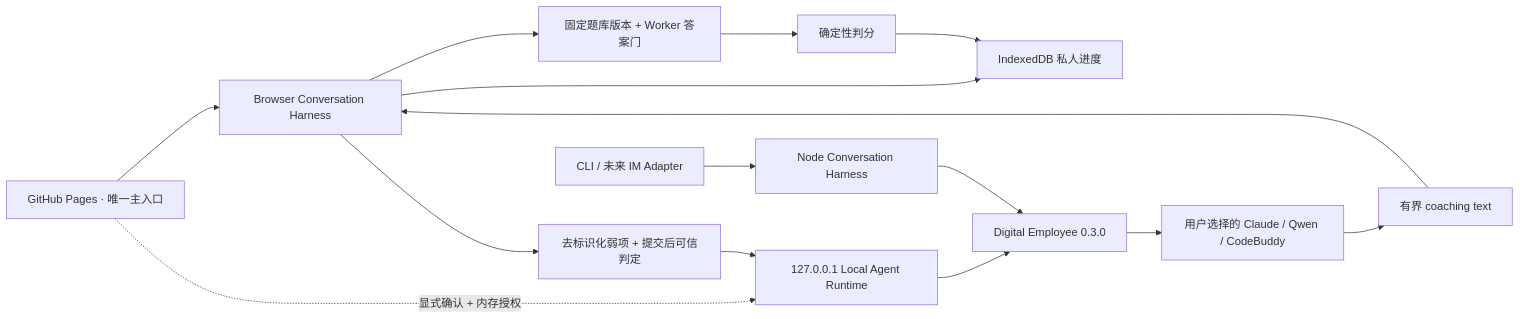
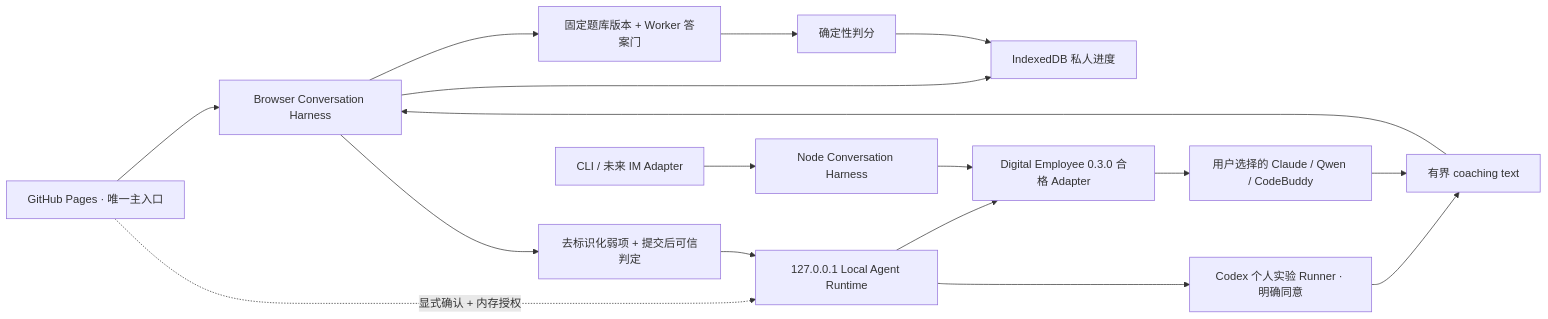
One commit to PeterGuy326/senior-architect-pass-coach changed the diagram in README.md. Above: the diagram before and after it, drawn with Mermaid. The commit also changed other lines of this file and 19 other files, not shown here.

````diff
--- a/README.md
+++ b/README.md
@@ -175,17 +175,19 @@
 ```mermaid
 flowchart LR
   A["GitHub Pages · 唯一主入口"] --> B["Browser Conversation Harness"]
   B --> C["固定题库版本 + Worker 答案门"]
   B --> D["IndexedDB 私人进度"]
   B --> E["去标识化弱项 + 提交后可信判定"]
   A -. "显式确认 + 内存授权" .-> F["127.0.0.1 Local Agent Runtime"]
   E --> F
-  F --> G["Digital Employee 0.3.0"]
+  F --> G["Digital Employee 0.3.0 合格 Adapter"]
+  F --> M["Codex 个人实验 Runner · 明确同意"]
   G --> H["用户选择的 Claude / Qwen / CodeBuddy"]
+  M --> I
   H --> I["有界 coaching text"]
   I --> B
   K["CLI / 未来 IM Adapter"] --> L["Node Conversation Harness"]
   L --> G
   C --> J["确定性判分"]
   J --> D
 ```
````
